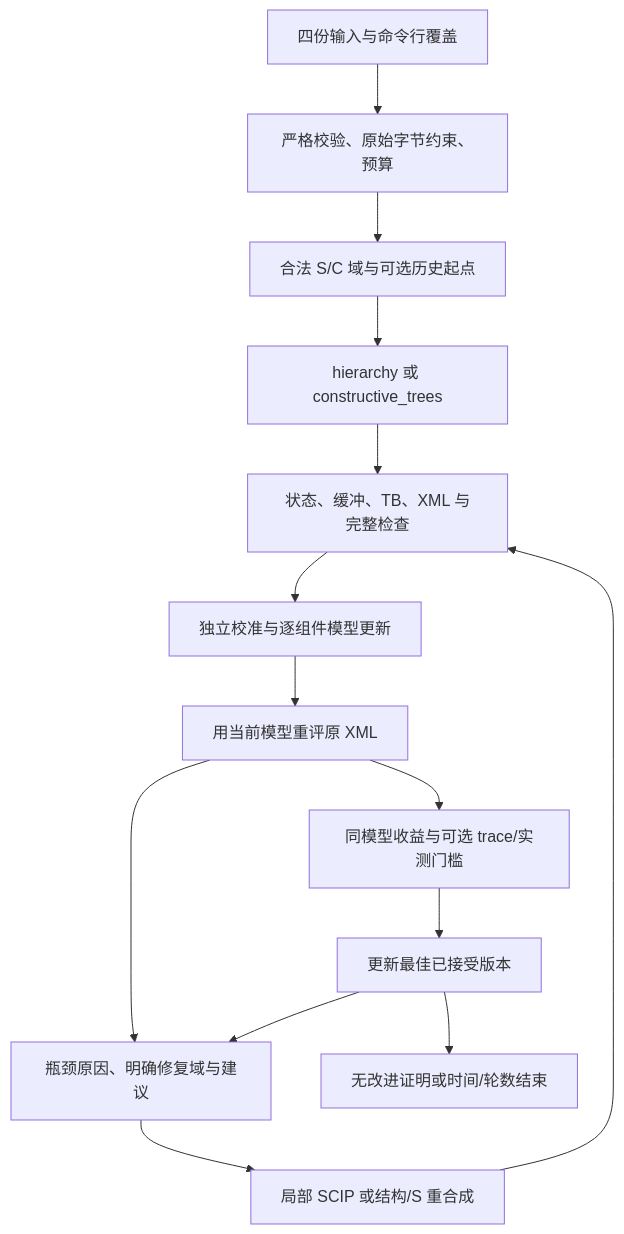
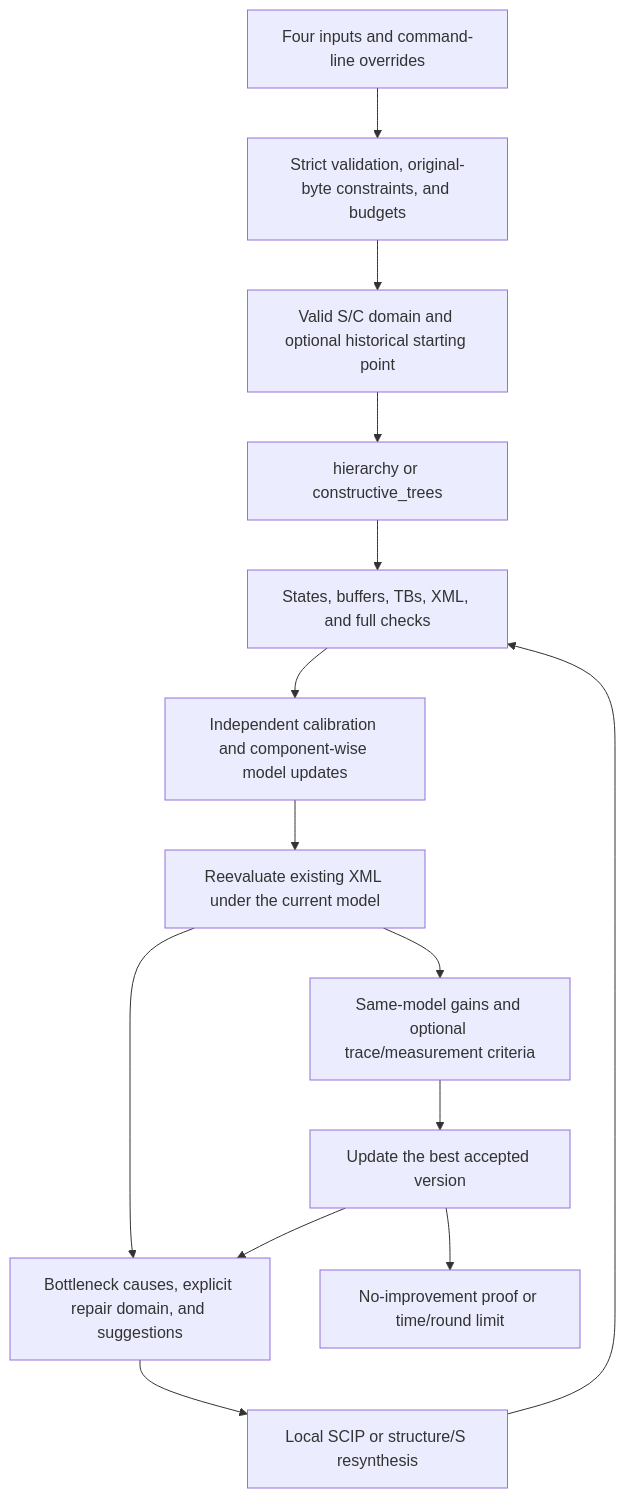
Before and after one commit to SlienceZDL/VeriCCL: the diagram in docs/architecture.md, drawn with Mermaid. The commit also changed other lines of this file and 21 other files, not shown here.

````diff
--- a/docs/architecture.md
+++ b/docs/architecture.md
@@ -5,16 +5,16 @@
 ```mermaid
 flowchart TD
-  A[四份输入与命令行覆盖] --> B[严格校验、原始字节约束、预算]
-  B --> C[合法 S/C 域与可选历史起点]
-  C --> D[hierarchy 或 constructive_trees]
-  D --> E[状态、缓冲、TB、XML 与完整检查]
-  E --> F[独立校准与逐组件模型更新]
-  F --> G[用当前模型重评原 XML]
-  G --> H[瓶颈原因、明确修复域与建议]
-  H --> I[局部 SCIP 或结构/S 重合成]
+  A[Four inputs and command-line overrides] --> B[Strict validation, original-byte constraints, and budgets]
+  B --> C[Valid S/C domain and optional historical starting point]
+  C --> D[hierarchy or constructive_trees]
+  D --> E[States, buffers, TBs, XML, and full checks]
+  E --> F[Independent calibration and component-wise model updates]
+  F --> G[Reevaluate existing XML under the current model]
+  G --> H[Bottleneck causes, explicit repair domain, and suggestions]
+  H --> I[Local SCIP or structure/S resynthesis]
   I --> E
-  G --> J[同模型收益与可选 trace/实测门槛]
-  J --> K[更新最佳已接受版本]
+  G --> J[Same-model gains and optional trace/measurement criteria]
+  J --> K[Update the best accepted version]
   K --> H
-  K --> L[无改进证明或时间/轮数结束]
+  K --> L[No-improvement proof or time/round limit]
 ```
````
